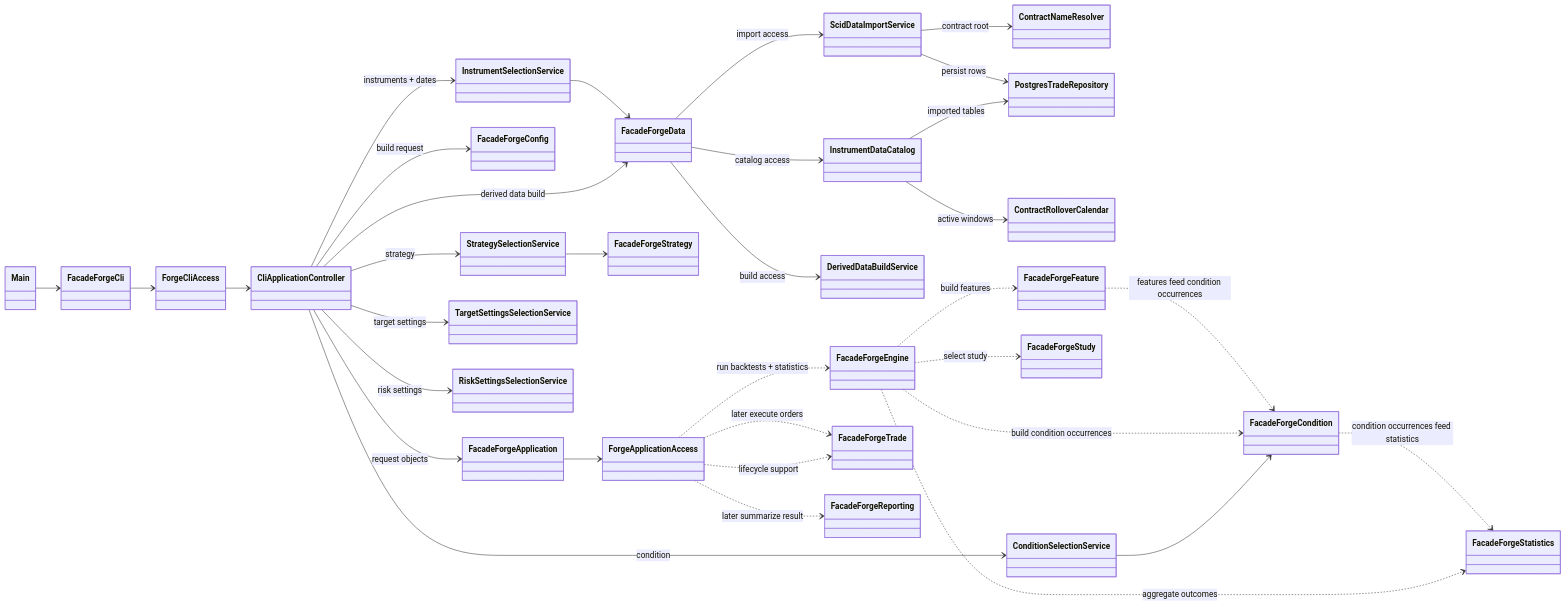
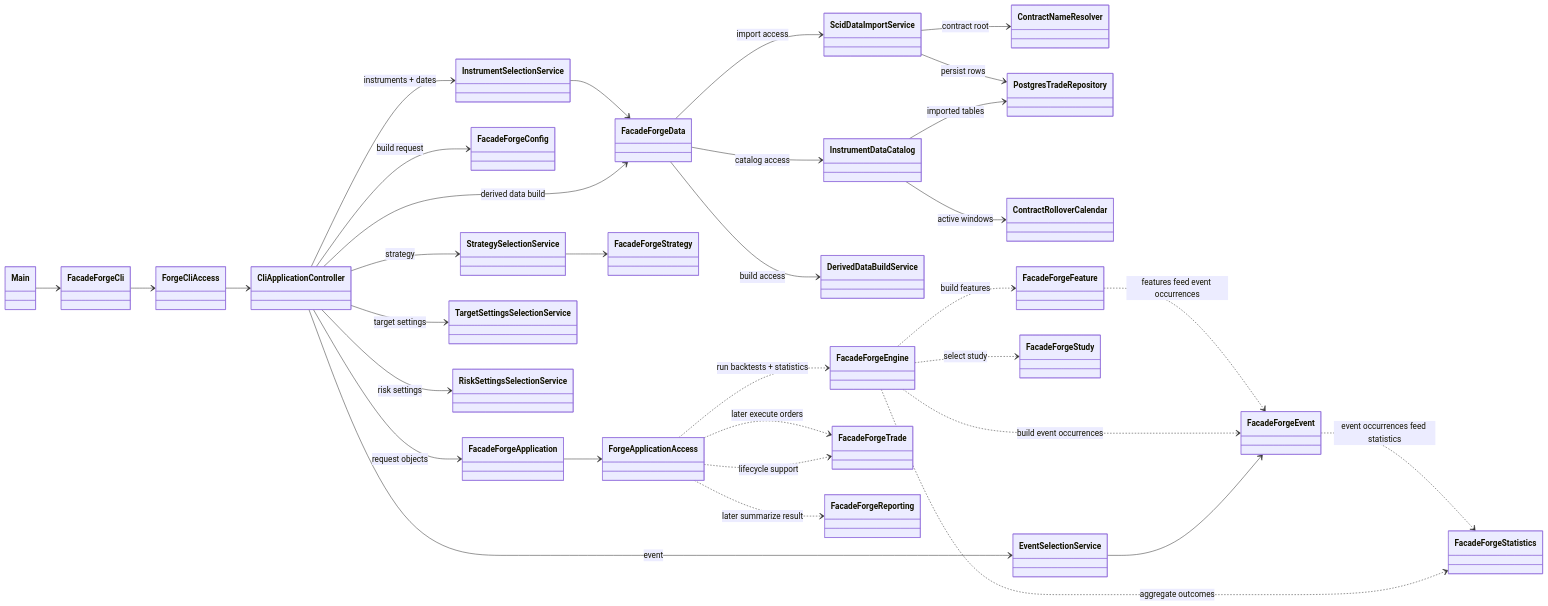
Before and after one commit to probst-paul/FORGE: the first of 22 diagrams in class-model.md, drawn with Mermaid. The commit also changed other lines of this file and 74 other files, not shown here.

````diff
--- a/class-model.md
+++ b/class-model.md
@@ -5,67 +5,67 @@
 ```mermaid
 classDiagram
     direction LR
 
     class Main
     class FacadeForgeCli
     class ForgeCliAccess
     class CliApplicationController
     class FacadeForgeApplication
     class FacadeForgeConfig
     class FacadeForgeData
     class InstrumentDataCatalog
     class ContractNameResolver
     class ScidDataImportService
     class DerivedDataBuildService
     class PostgresTradeRepository
     class ContractRolloverCalendar
     class FacadeForgeStrategy
-    class FacadeForgeCondition
+    class FacadeForgeEvent
     class FacadeForgeEngine
     class FacadeForgeFeature
     class FacadeForgeStudy
     class FacadeForgeStatistics
     class FacadeForgeTrade
     class FacadeForgeReporting
     class ForgeApplicationAccess
     class InstrumentSelectionService
     class StrategySelectionService
-    class ConditionSelectionService
+    class EventSelectionService
     class TargetSettingsSelectionService
     class RiskSettingsSelectionService
 
     Main --> FacadeForgeCli
     FacadeForgeCli --> ForgeCliAccess
     ForgeCliAccess --> CliApplicationController
     CliApplicationController --> FacadeForgeApplication : request objects
     FacadeForgeApplication --> ForgeApplicationAccess
     CliApplicationController --> InstrumentSelectionService : instruments + dates
     CliApplicationController --> StrategySelectionService : strategy
     CliApplicationController --> RiskSettingsSelectionService : risk settings
-    CliApplicationController --> ConditionSelectionService : condition
+    CliApplicationController --> EventSelectionService : event
     CliApplicationController --> TargetSettingsSelectionService : target settings
     CliApplicationController --> FacadeForgeConfig : build request
     CliApplicationController --> FacadeForgeData : derived data build
 
     InstrumentSelectionService --> FacadeForgeData
     FacadeForgeData --> InstrumentDataCatalog : catalog access
     FacadeForgeData --> ScidDataImportService : import access
     FacadeForgeData --> DerivedDataBuildService : build access
     InstrumentDataCatalog --> PostgresTradeRepository : imported tables
     InstrumentDataCatalog --> ContractRolloverCalendar : active windows
     ScidDataImportService --> ContractNameResolver : contract root
     ScidDataImportService --> PostgresTradeRepository : persist rows
     StrategySelectionService --> FacadeForgeStrategy
-    ConditionSelectionService --> FacadeForgeCondition
+    EventSelectionService --> FacadeForgeEvent
 
     ForgeApplicationAccess ..> FacadeForgeEngine : run backtests + statistics
     FacadeForgeEngine ..> FacadeForgeFeature : build features
-    FacadeForgeEngine ..> FacadeForgeCondition : build condition occurrences
+    FacadeForgeEngine ..> FacadeForgeEvent : build event occurrences
     FacadeForgeEngine ..> FacadeForgeStudy : select study
     FacadeForgeEngine ..> FacadeForgeStatistics : aggregate outcomes
     ForgeApplicationAccess ..> FacadeForgeTrade : lifecycle support
     ForgeApplicationAccess ..> FacadeForgeTrade : later execute orders
     ForgeApplicationAccess ..> FacadeForgeReporting : later summarize result
-    FacadeForgeFeature ..> FacadeForgeCondition : features feed condition occurrences
-    FacadeForgeCondition ..> FacadeForgeStatistics : condition occurrences feed statistics
+    FacadeForgeFeature ..> FacadeForgeEvent : features feed event occurrences
+    FacadeForgeEvent ..> FacadeForgeStatistics : event occurrences feed statistics
 ```
````
